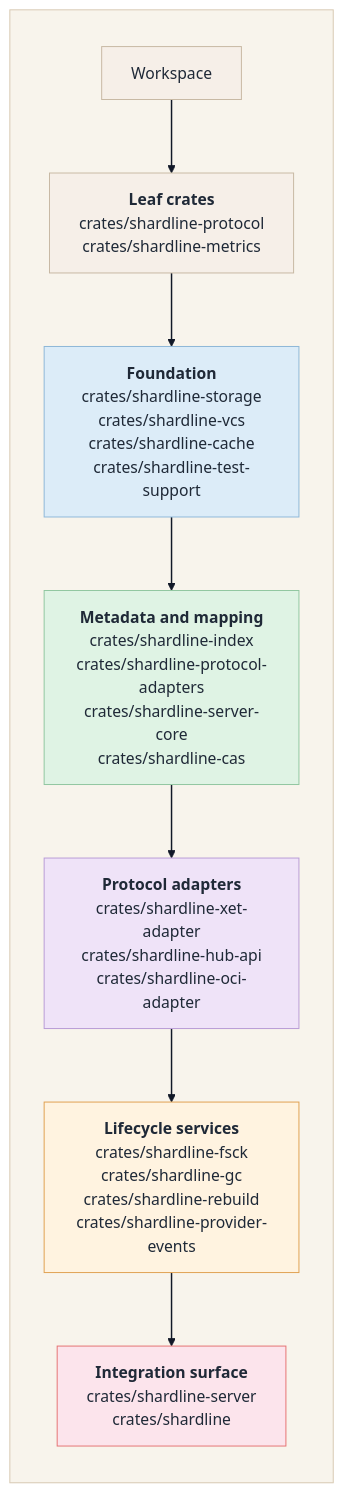
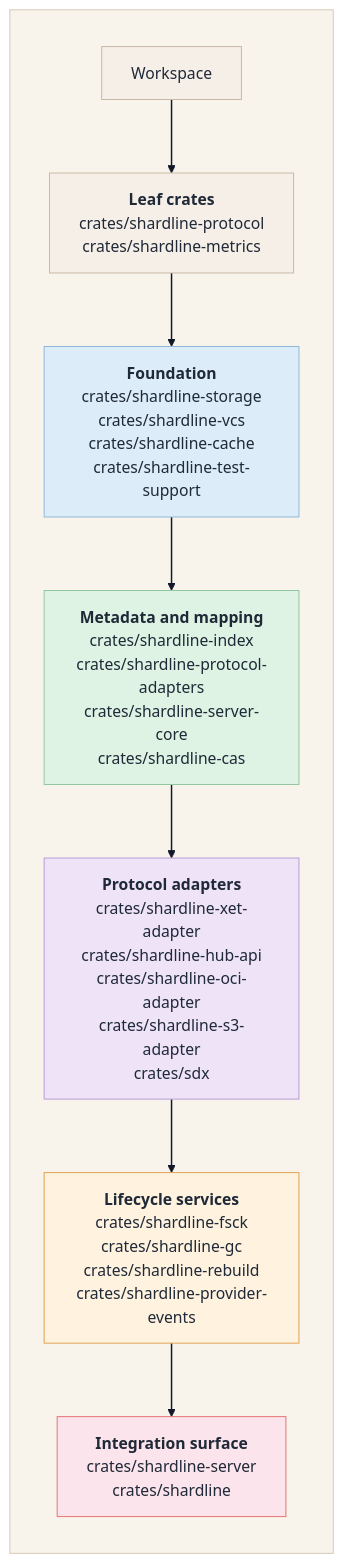
One commit to STEXS-Technologies/shardline changed the fourth of 4 diagrams in docs/ARCHITECTURE.md. Above: the diagram before and after it, drawn with Mermaid. The commit also changed other lines of this file and 29 other files, not shown here.

````diff
--- a/docs/ARCHITECTURE.md
+++ b/docs/ARCHITECTURE.md
@@ -227,37 +229,37 @@
 ```mermaid
 flowchart TD
   subgraph Canvas[ ]
     direction TD
     Workspace[Workspace]
     Leaf["<b>Leaf crates</b><br/>crates/shardline-protocol<br/>crates/shardline-metrics"]
     Foundation["<b>Foundation</b><br/>crates/shardline-storage<br/>crates/shardline-vcs<br/>crates/shardline-cache<br/>crates/shardline-test-support"]
     Middle["<b>Metadata and mapping</b><br/>crates/shardline-index<br/>crates/shardline-protocol-adapters<br/>crates/shardline-server-core<br/>crates/shardline-cas"]
-    Adapters["<b>Protocol adapters</b><br/>crates/shardline-xet-adapter<br/>crates/shardline-hub-api<br/>crates/shardline-oci-adapter"]
+    Adapters["<b>Protocol adapters</b><br/>crates/shardline-xet-adapter<br/>crates/shardline-hub-api<br/>crates/shardline-oci-adapter<br/>crates/shardline-s3-adapter<br/>crates/sdx"]
     Lifecycle["<b>Lifecycle services</b><br/>crates/shardline-fsck<br/>crates/shardline-gc<br/>crates/shardline-rebuild<br/>crates/shardline-provider-events"]
     Integration["<b>Integration surface</b><br/>crates/shardline-server<br/>crates/shardline"]
   end
 
   Workspace --> Leaf
   Leaf --> Foundation
   Foundation --> Middle
   Middle --> Adapters
   Adapters --> Lifecycle
   Lifecycle --> Integration
 
   classDef root fill:#f6efe8,stroke:#c7b8a3,color:#1f2937;
   classDef leaf fill:#f6efe8,stroke:#c7b8a3,color:#1f2937;
   classDef foundation fill:#dcecf8,stroke:#8db7d8,color:#1f2937;
   classDef middle fill:#dff3e4,stroke:#90c6a0,color:#1f2937;
   classDef adapter fill:#efe3f8,stroke:#b89bd6,color:#1f2937;
   classDef lifecycle fill:#fff3e0,stroke:#e0a050,color:#1f2937;
   classDef integration fill:#fce4ec,stroke:#e57373,color:#1f2937;
   style Canvas fill:#f8f4ec,stroke:#d7c9b2,color:#1f2937;
   class Workspace root;
   class Leaf leaf;
   class Foundation foundation;
   class Middle middle;
   class Adapters adapter;
   class Lifecycle lifecycle;
   class Integration integration;
   linkStyle default stroke:#111827,stroke-width:1.5px;
 ```
````
